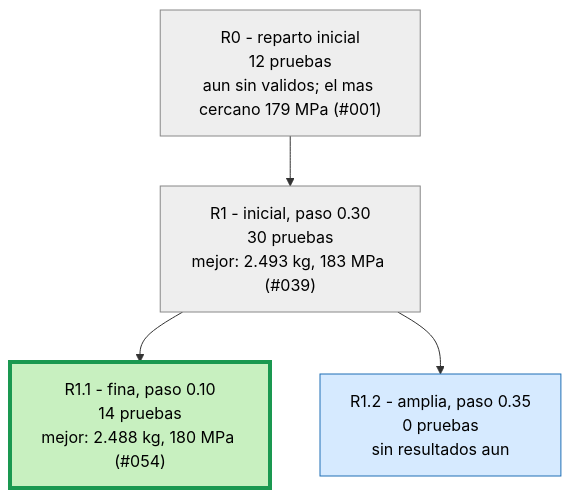
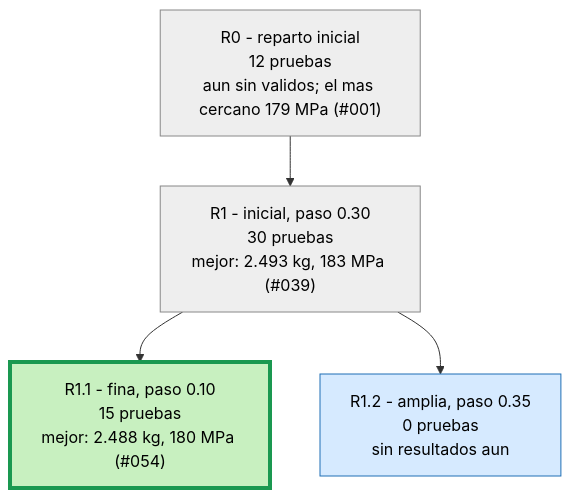
The second of 3 diagrams in runs/opt_37800N/ARBOL.md (Hugiko/msd-soporte-optimizacion), drawn with Mermaid before and after one commit. The commit also changed 22 other files, not shown here.

````diff
--- a/runs/opt_37800N/ARBOL.md
+++ b/runs/opt_37800N/ARBOL.md
@@ -21,13 +21,13 @@
 ```mermaid
 graph TD
 classDef activa fill:#d6eaff,stroke:#1f6fb5,color:#000
 classDef fin fill:#eeeeee,stroke:#888,color:#000
 classDef mejor fill:#c8f0c0,stroke:#1a9850,stroke-width:4px,color:#000
 R0["R0 - reparto inicial<br/>12 pruebas<br/>aun sin validos; el mas cercano 179 MPa (#001)"]:::fin
 R1["R1 - inicial, paso 0.30<br/>30 pruebas<br/>mejor: 2.493 kg, 183 MPa (#039)"]:::fin
 R0 --> R1
-R1_1["R1.1 - fina, paso 0.10<br/>14 pruebas<br/>mejor: 2.488 kg, 180 MPa (#054)"]:::mejor
+R1_1["R1.1 - fina, paso 0.10<br/>15 pruebas<br/>mejor: 2.488 kg, 180 MPa (#054)"]:::mejor
 R1 --> R1_1
 R1_2["R1.2 - amplia, paso 0.35<br/>0 pruebas<br/>sin resultados aun"]:::activa
 R1 --> R1_2
 ```
````
